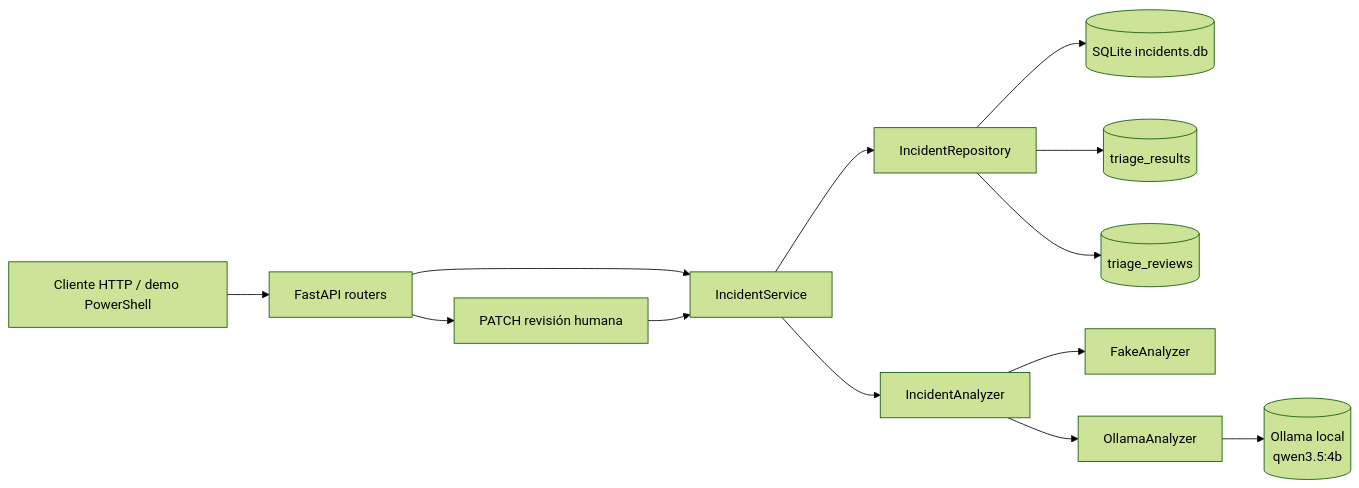
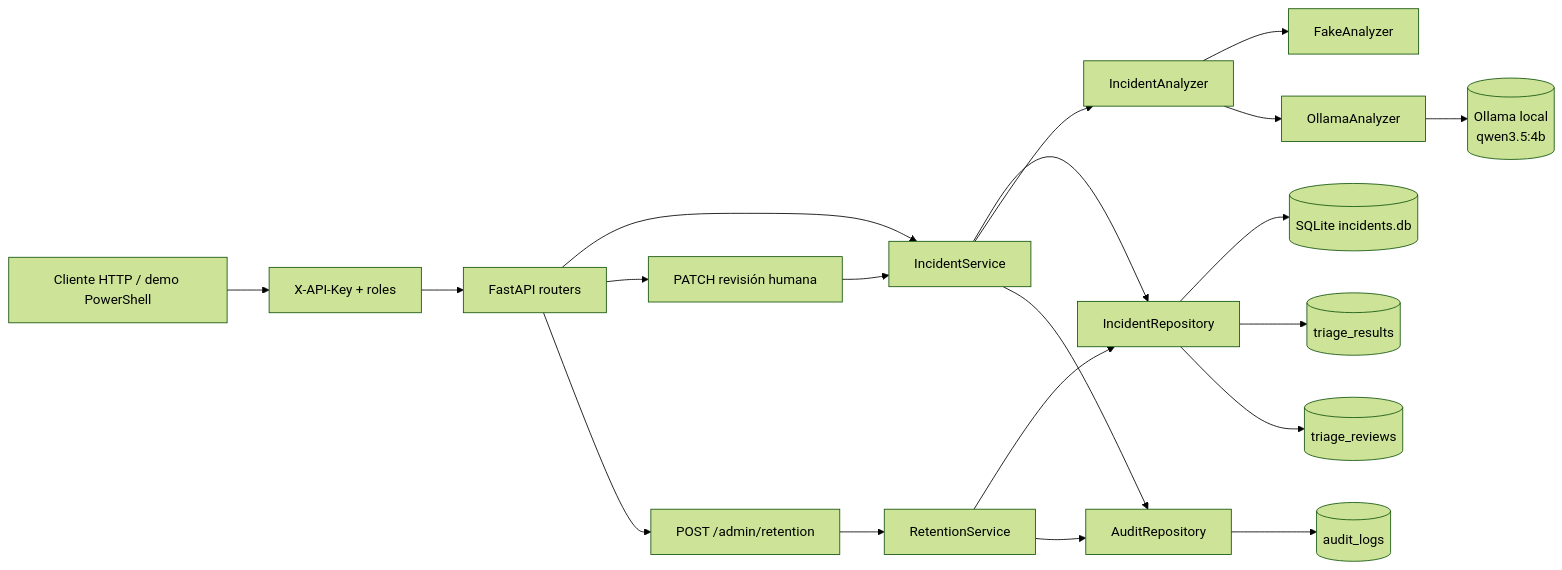
The diagram in README.md (asobrados03/ai-incident-triage), drawn with Mermaid (forest theme) before and after one commit. The commit also changed other lines of this file and 13 other files, not shown here.

````diff
--- a/README.md
+++ b/README.md
@@ -21,15 +25,22 @@
 ```mermaid
 flowchart LR
-    Client[Cliente HTTP / demo PowerShell] --> API[FastAPI routers]
+    Client[Cliente HTTP / demo PowerShell] --> Auth[X-API-Key + roles]
+    Auth --> API[FastAPI routers]
     API --> Service[IncidentService]
     Service --> Repo[IncidentRepository]
     Repo --> SQLite[(SQLite incidents.db)]
     Service --> Analyzer[IncidentAnalyzer]
     Analyzer --> Fake[FakeAnalyzer]
     Analyzer --> Ollama[OllamaAnalyzer]
     Ollama --> Runtime[(Ollama local\nqwen3.5:4b)]
     API --> Review[PATCH revisión humana]
     Review --> Service
     Repo --> Triage[(triage_results)]
     Repo --> Reviews[(triage_reviews)]
+    Service --> Audit[AuditRepository]
+    Audit --> AuditLogs[(audit_logs)]
+    API --> Retention[POST /admin/retention]
+    Retention --> RetentionService[RetentionService]
+    RetentionService --> Repo
+    RetentionService --> Audit
 ```
````
